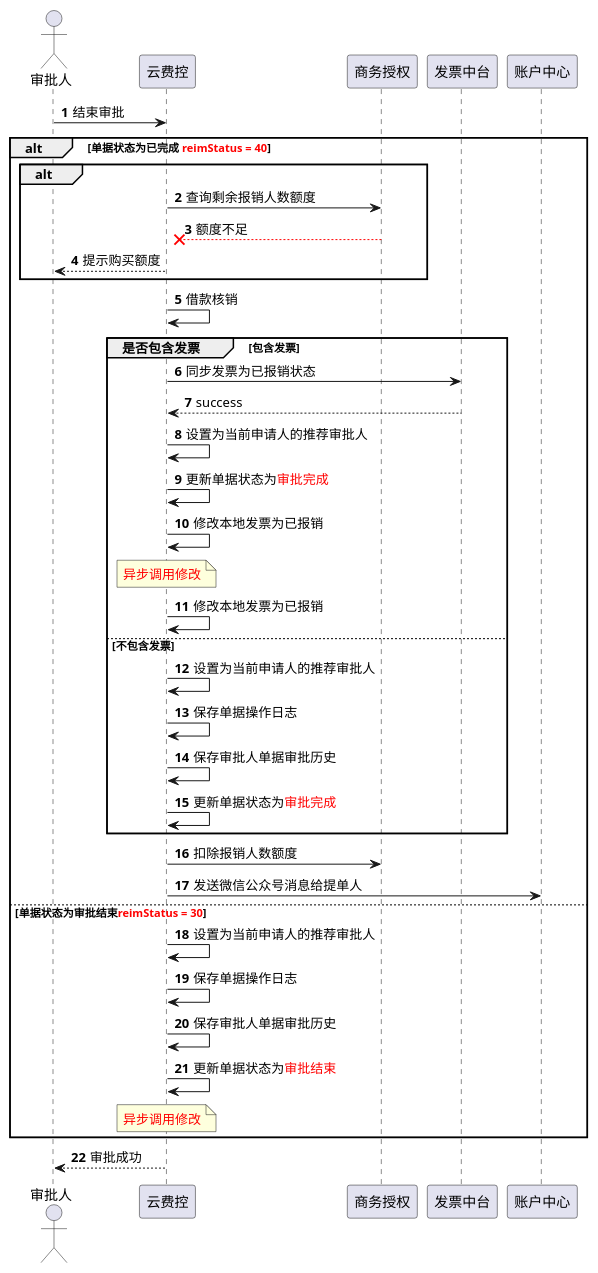
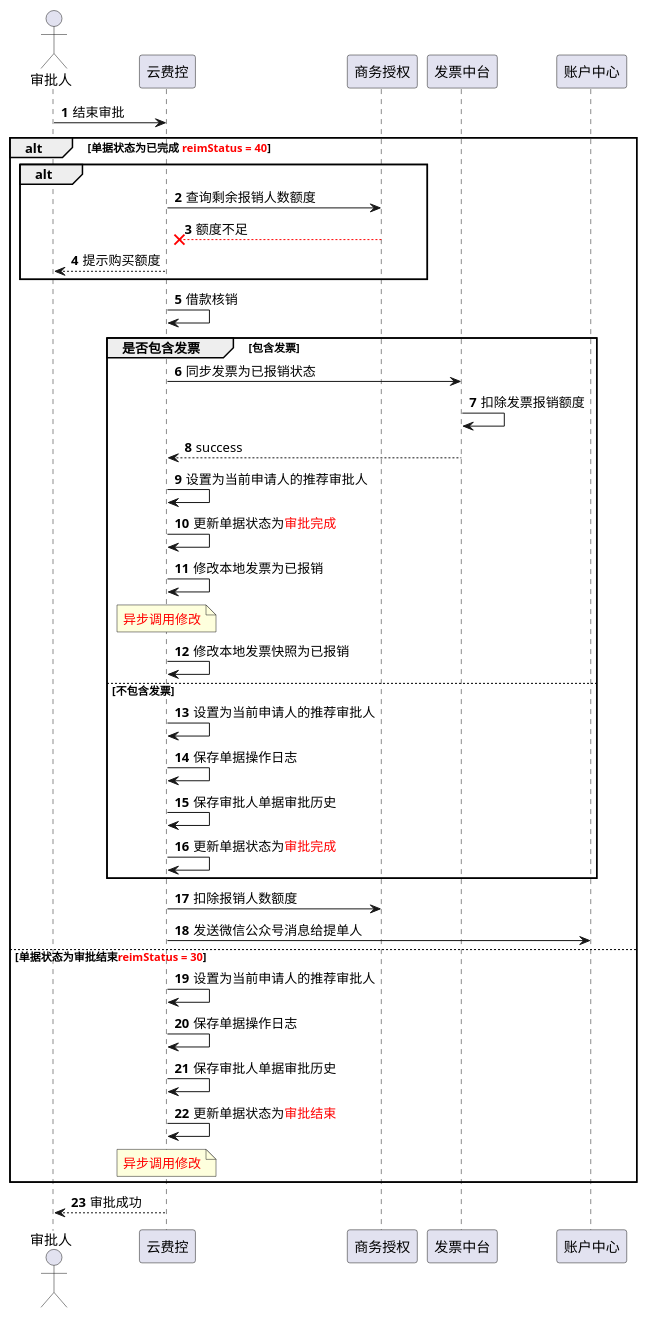
The diagram in src/main/java/whf/easy/boot/web/审批结束.puml (whfdlp/easyboot), drawn with PlantUML before and after one commit. The commit also changed 14 other files, not shown here.

```diff
--- a/src/main/java/whf/easy/boot/web/审批结束.puml
+++ b/src/main/java/whf/easy/boot/web/审批结束.puml
@@ -1,50 +1,51 @@
 @startuml
 'https://plantuml.com/sequence-diagram
 
 autonumber
 actor 审批人
 participant 审批人 order 10
 participant 云费控 order 20
 participant 商务授权 order 30
 participant 发票中台 order 40
 participant 账户中心 order 50
 审批人 -> 云费控:结束审批
 alt 单据状态为已完成 <color #Red>reimStatus = 40</color>
 alt
 云费控 -> 商务授权:查询剩余报销人数额度
 商务授权 -[#Red]->x 云费控:额度不足
 云费控 --> 审批人:提示购买额度
 end
 云费控 -> 云费控:借款核销
 group 是否包含发票 [包含发票]
  云费控 -> 发票中台: 同步发票为已报销状态
+ 发票中台 -> 发票中台: 扣除发票报销额度
  发票中台 --> 云费控:success
  云费控 -> 云费控:设置为当前申请人的推荐审批人
 云费控 -> 云费控:更新单据状态为<color #Red>审批完成</color>
 云费控 -> 云费控:修改本地发票为已报销
 note OVER 云费控
  <color #Red>异步调用修改</color>
 end note
-云费控 -> 云费控:修改本地发票为已报销
+云费控 -> 云费控:修改本地发票快照为已报销
  else 不包含发票
 云费控 -> 云费控:设置为当前申请人的推荐审批人
 云费控 -> 云费控:保存单据操作日志
 云费控 -> 云费控:保存审批人单据审批历史
 云费控 -> 云费控:更新单据状态为<color #Red>审批完成</color>
  end
  云费控 -> 商务授权:扣除报销人数额度
   云费控 -> 账户中心:发送微信公众号消息给提单人
 else 单据状态为审批结束<color #Red>reimStatus = 30</color>
 云费控 -> 云费控:设置为当前申请人的推荐审批人
 云费控 -> 云费控:保存单据操作日志
 云费控 -> 云费控:保存审批人单据审批历史
 云费控 -> 云费控:更新单据状态为<color #Red>审批结束</color>
 note OVER 云费控
  <color #Red>异步调用修改</color>
 end note
 end
 云费控 --> 审批人: 审批成功
 
 
 
 @endumlA
```
